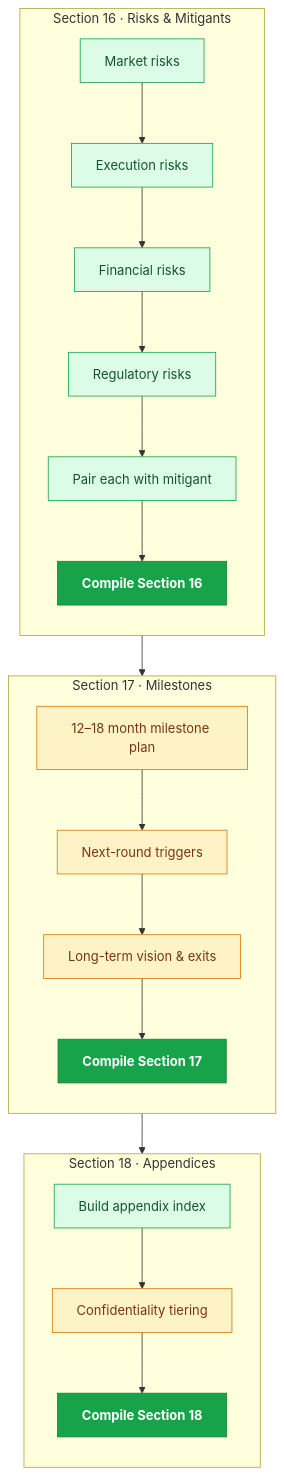
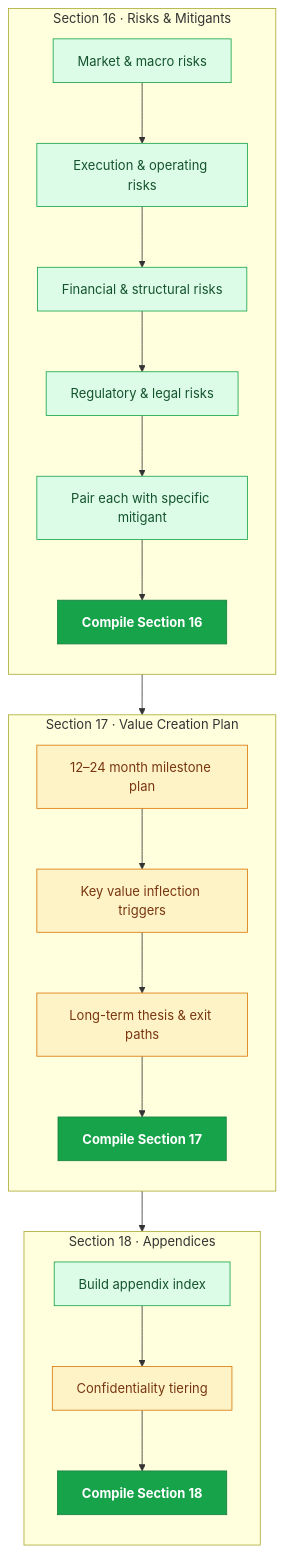
Before and after one commit to mrchanpark/IC-Memo-Flow-Chart-V2: diagram 12 of 16 in README.md, drawn with Mermaid. The commit also changed other lines of this file and 2 other files, not shown here.

````diff
--- a/README.md
+++ b/README.md
@@ -316,26 +317,26 @@
 ```mermaid
 flowchart TB
   subgraph RISK["Section 16 · Risks & Mitigants"]
     direction TB
-    K1["Market risks"]:::grn --> K2["Execution risks"]:::grn
-    K2 --> K3["Financial risks"]:::grn
-    K3 --> K4["Regulatory risks"]:::grn
-    K4 --> K5["Pair each with mitigant"]:::grn
+    K1["Market & macro risks"]:::grn --> K2["Execution & operating risks"]:::grn
+    K2 --> K3["Financial & structural risks"]:::grn
+    K3 --> K4["Regulatory & legal risks"]:::grn
+    K4 --> K5["Pair each with specific mitigant"]:::grn
     K5 --> K6["Compile Section 16"]:::grnC
   end
-  subgraph MILE["Section 17 · Milestones"]
+  subgraph MILE["Section 17 · Value Creation Plan"]
     direction TB
-    M1["12–18 month milestone plan"]:::yel --> M2["Next-round triggers"]:::yel
-    M2 --> M3["Long-term vision & exits"]:::yel
+    M1["12–24 month milestone plan"]:::yel --> M2["Key value inflection triggers"]:::yel
+    M2 --> M3["Long-term thesis & exit paths"]:::yel
     M3 --> M4["Compile Section 17"]:::grnC
   end
   subgraph APPX["Section 18 · Appendices"]
     direction TB
     A1["Build appendix index"]:::grn --> A2["Confidentiality tiering"]:::yel
     A2 --> A3["Compile Section 18"]:::grnC
   end
   RISK --> MILE --> APPX
   classDef yel fill:#fef3c7,stroke:#d97706,color:#78350f
   classDef grn fill:#dcfce7,stroke:#16a34a,color:#14532d
   classDef grnC fill:#16a34a,stroke:#15803d,color:#fff,font-weight:700
 ```
````
